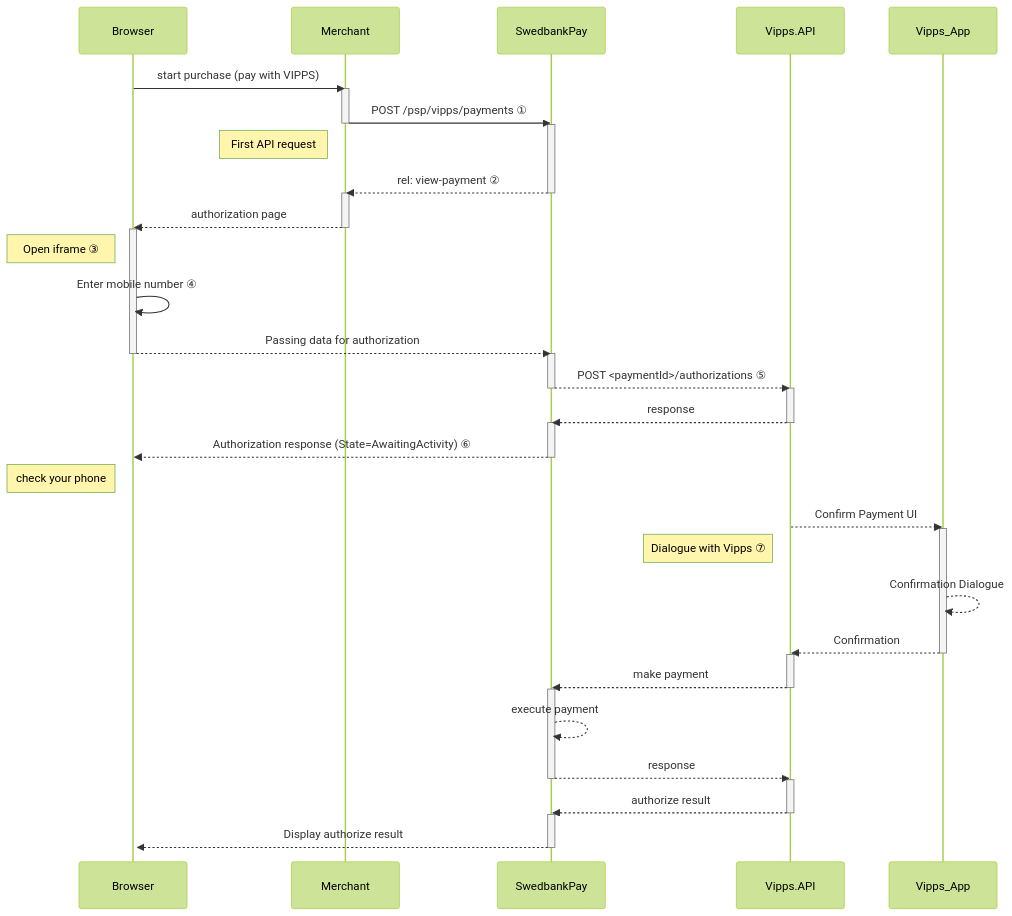
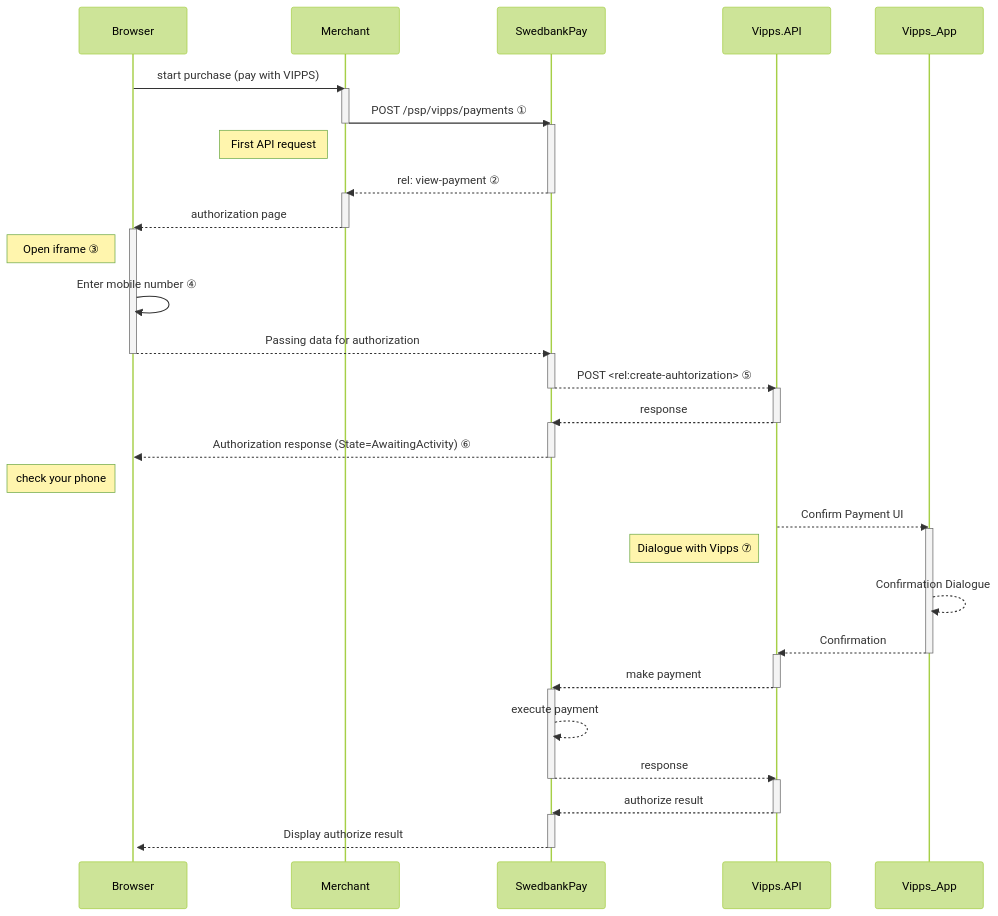
The diagram in payments/vipps/seamless-view.md (SwedbankPay/developer.swedbankpay.com), drawn with Mermaid (forest theme) before and after one commit. The commit also changed 15 other files, not shown here.

````diff
--- a/payments/vipps/seamless-view.md
+++ b/payments/vipps/seamless-view.md
@@ -40,39 +40,39 @@
 ```mermaid
 sequenceDiagram
     Browser->>Merchant: start purchase (pay with VIPPS)
     activate Merchant
     Merchant->>-SwedbankPay: POST /psp/vipps/payments ①
     activate SwedbankPay
     note left of Merchant: First API request
     SwedbankPay-->>-Merchant: rel: view-payment ②
     activate Merchant
     Merchant-->>-Browser: authorization page
     activate Browser
     note left of Browser: Open iframe ③
     Browser->>Browser: Enter mobile number ④
     Browser-->>-SwedbankPay: Passing data for authorization
     activate SwedbankPay
 
-    SwedbankPay-->>-Vipps.API: POST <paymentId>/authorizations ⑤
+    SwedbankPay-->>-Vipps.API: POST <rel:create-auhtorization> ⑤
     activate Vipps.API
     Vipps.API-->>-SwedbankPay: response
     activate SwedbankPay
     SwedbankPay-->>-Browser: Authorization response (State=AwaitingActivity) ⑥
     activate Browser
     note left of Browser: check your phone
 
     Vipps.API-->>Vipps_App: Confirm Payment UI
     activate Vipps_App
     note left of Vipps.API: Dialogue with Vipps ⑦
     Vipps_App-->>Vipps_App: Confirmation Dialogue
     Vipps_App-->>-Vipps.API: Confirmation
     activate Vipps.API
     Vipps.API-->>-SwedbankPay: make payment
     activate SwedbankPay
     SwedbankPay-->>SwedbankPay: execute payment
     SwedbankPay-->>-Vipps.API: response
     activate Vipps.API
     Vipps.API-->>-SwedbankPay: authorize result
     activate SwedbankPay
     SwedbankPay-->>-Browser: Display authorize result
 ```
````
